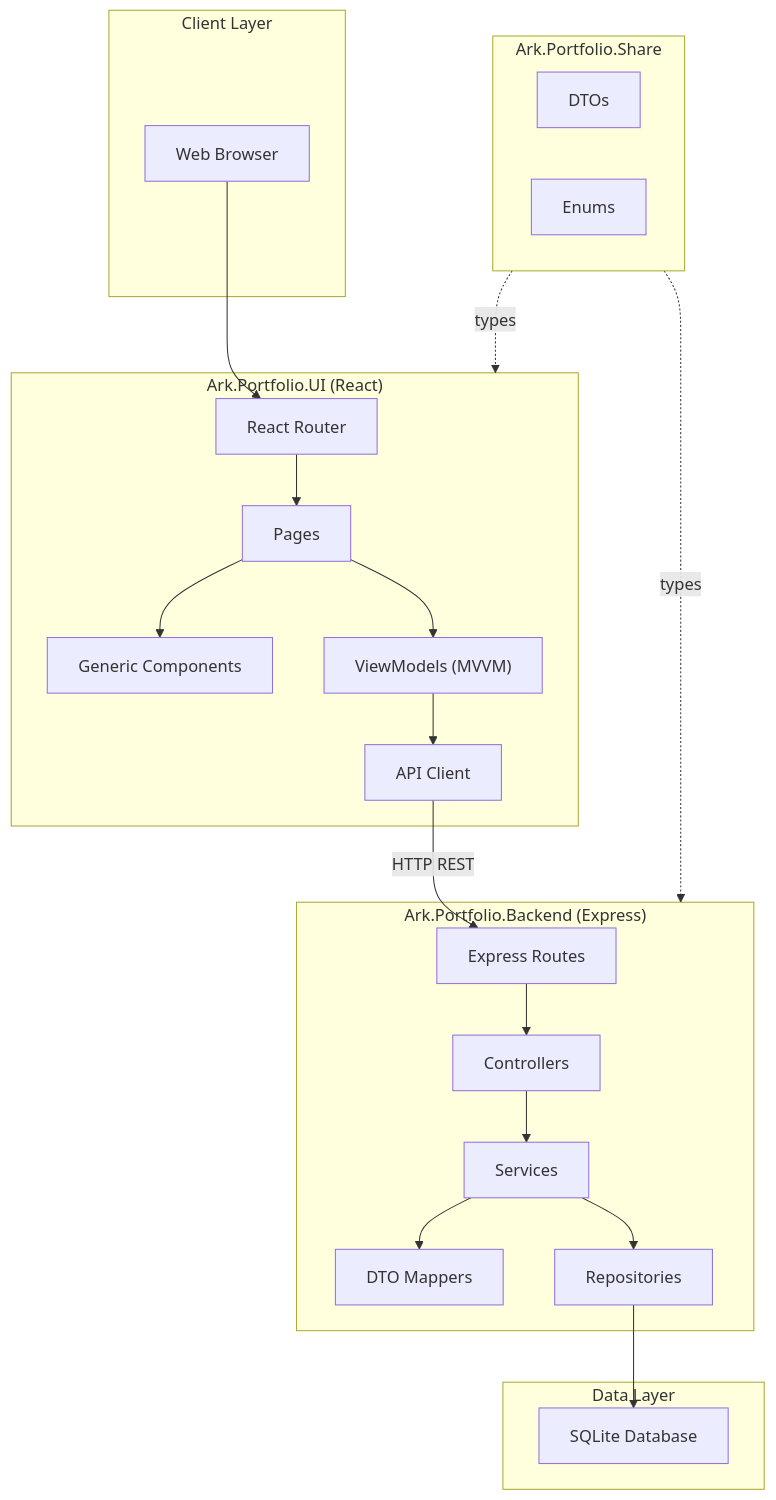
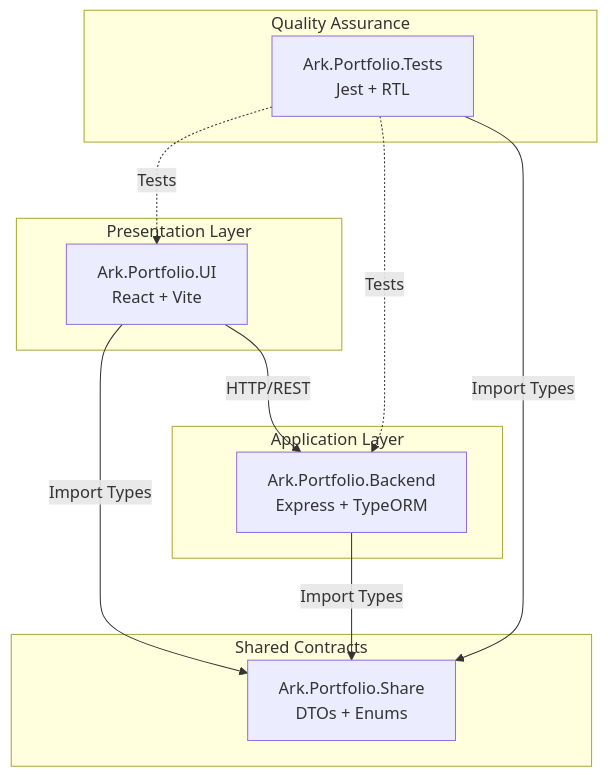
One commit to M2H-Machine-to-Human-Race/Ark.Alliance.Portfolio changed the diagram in README.md. Above: the diagram before and after it, drawn with Mermaid. The commit also changed other lines of this file and 166 other files, not shown here.

Commit message:
Update and improve Share layer with complete fallback mock data (dev purposes) and improve tests projects & fix backend  and frontend ui/ux bug and missaligment of api vs controllers

````diff
--- a/README.md
+++ b/README.md
@@ -43,46 +133,25 @@
 ```mermaid
-graph TB
-    subgraph Client["Client Layer"]
-        Browser["Web Browser"]
+graph TD
+    subgraph "Presentation Layer"
+        UI[Ark.Portfolio.UI<br/>React + Vite]
     end
     
-    subgraph UI["Ark.Portfolio.UI (React)"]
-        Router["React Router"]
-        Pages["Pages"]
-        Components["Generic Components"]
-        ViewModels["ViewModels (MVVM)"]
-        APIClient["API Client"]
+    subgraph "Application Layer"
+        Backend[Ark.Portfolio.Backend<br/>Express + TypeORM]
     end
     
-    subgraph Backend["Ark.Portfolio.Backend (Express)"]
-        Routes["Express Routes"]
-        Controllers["Controllers"]
-        Services["Services"]
-        Mappers["DTO Mappers"]
-        Repository["Repositories"]
+    subgraph "Shared Contracts"
+        Share[Ark.Portfolio.Share<br/>DTOs + Enums]
     end
     
-    subgraph Share["Ark.Portfolio.Share"]
-        DTOs["DTOs"]
-        Enums["Enums"]
+    subgraph "Quality Assurance"
+        Tests[Ark.Portfolio.Tests<br/>Jest + RTL]
     end
-    
-    subgraph Data["Data Layer"]
-        SQLite["SQLite Database"]
-    end
-    
-    Browser --> Router
-    Router --> Pages
-    Pages --> Components
-    Pages --> ViewModels
-    ViewModels --> APIClient
-    APIClient -->|HTTP REST| Routes
-    Routes --> Controllers
-    Controllers --> Services
-    Services --> Mappers
-    Services --> Repository
-    Repository --> SQLite
-    
-    Share -.->|types| UI
-    Share -.->|types| Backend
+
+    UI -->|HTTP/REST| Backend
+    UI -->|Import Types| Share
+    Backend -->|Import Types| Share
+    Tests -.->|Tests| UI
+    Tests -.->|Tests| Backend
+    Tests -->|Import Types| Share
 ```
````
